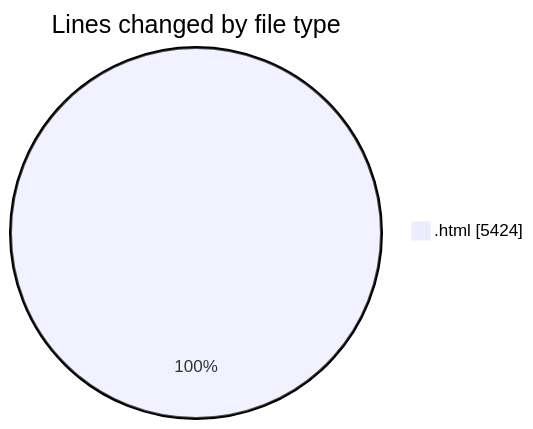
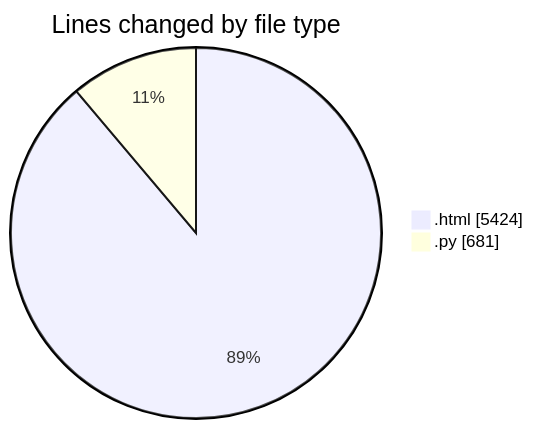
The first of 2 diagrams in 2026-07-12/untitled__workspace_/README.md (shibass792/code-tracking), drawn with Mermaid before and after one commit. The commit also changed other lines of this file and 1 other file, not shown here.

````diff
--- a/2026-07-12/untitled__workspace_/README.md
+++ b/2026-07-12/untitled__workspace_/README.md
@@ -20,5 +21,6 @@
 ```mermaid
 pie showData
 title Lines changed by file type
 ".html" : 5424
+".py" : 681
 ```
````
